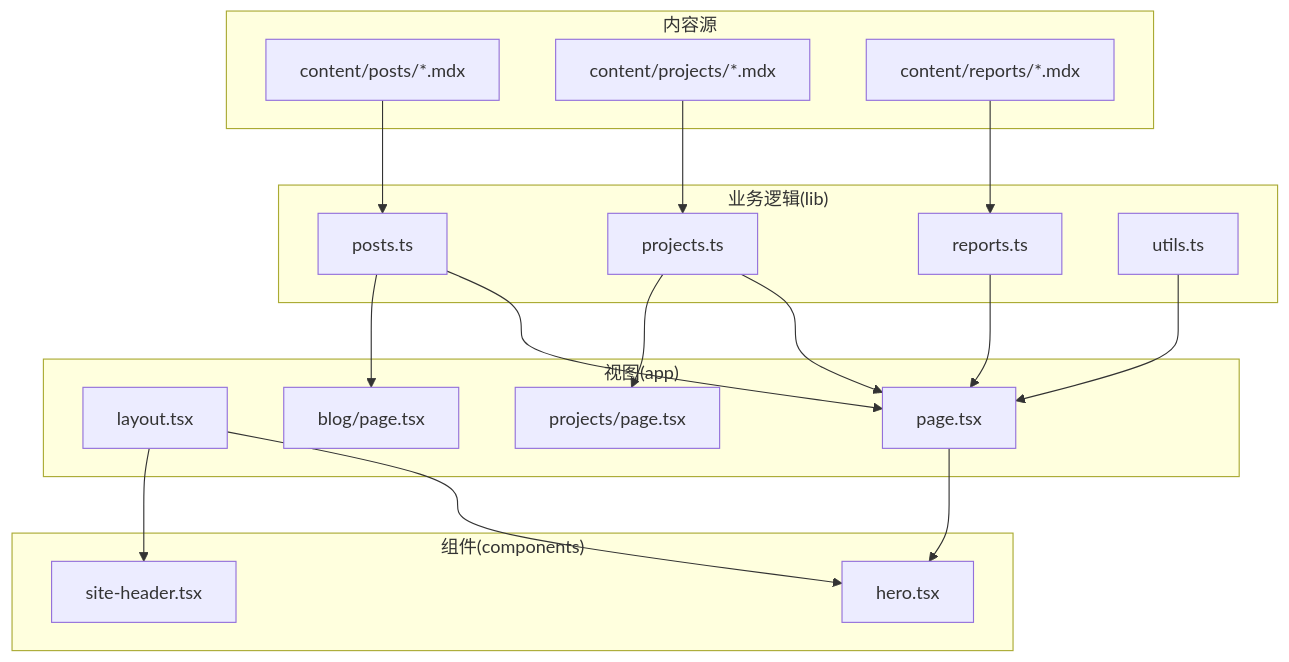
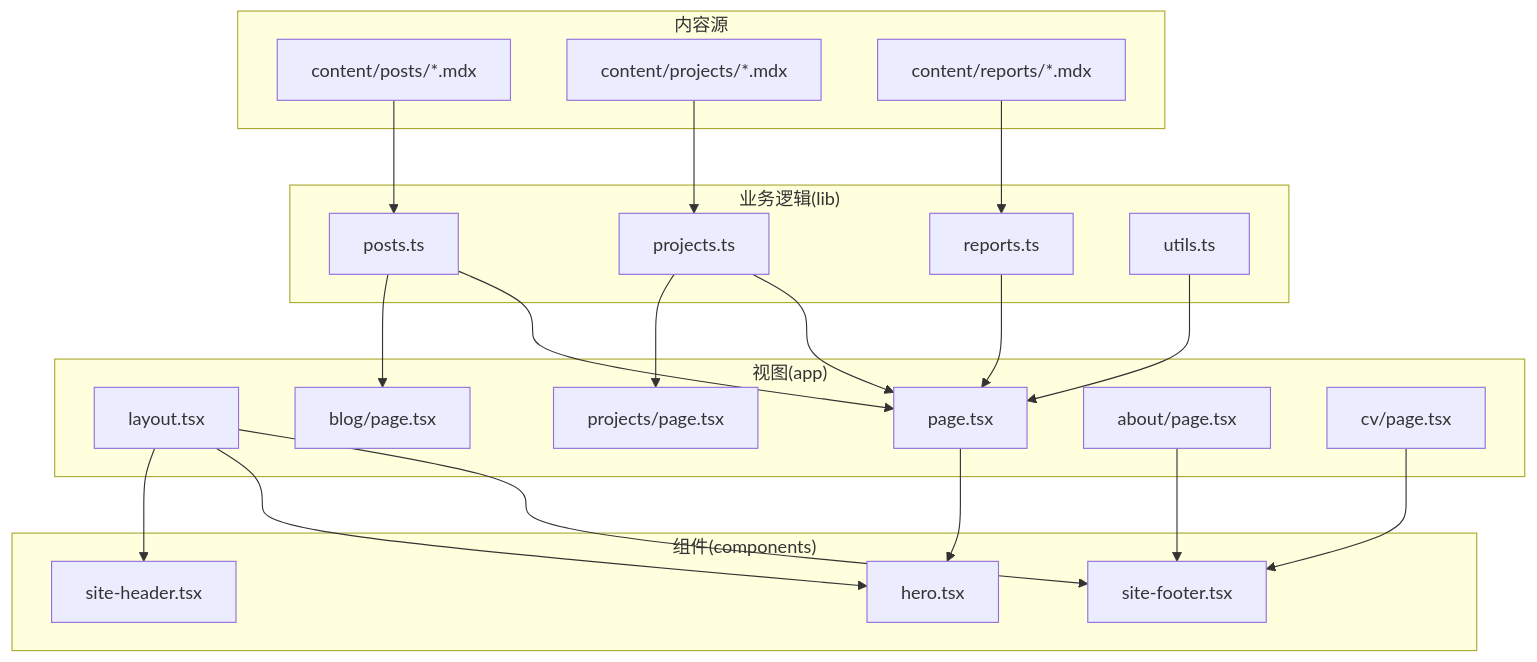
One commit to houpanpan-hpp/houpanpan-hpp.github.io changed the second of 6 diagrams in .qoder/repowiki/zh/content/项目概述/项目介绍.md. Above: the diagram before and after it, drawn with Mermaid. The commit also changed other lines of this file and 3 other files, not shown here.

````diff
--- a/.qoder/repowiki/zh/content/项目概述/项目介绍.md
+++ b/.qoder/repowiki/zh/content/项目概述/项目介绍.md
@@ -127,34 +149,40 @@
 ```mermaid
 graph TB
 subgraph "内容源"
 C1["content/posts/*.mdx"]
 C2["content/projects/*.mdx"]
 C3["content/reports/*.mdx"]
 end
 subgraph "业务逻辑(lib)"
 L1["posts.ts"]
 L2["projects.ts"]
 L3["reports.ts"]
 L4["utils.ts"]
 end
 subgraph "视图(app)"
 V1["layout.tsx"]
 V2["page.tsx"]
 V3["blog/page.tsx"]
 V4["projects/page.tsx"]
+V5["about/page.tsx"]
+V6["cv/page.tsx"]
 end
 subgraph "组件(components)"
 U1["site-header.tsx"]
 U2["hero.tsx"]
+U3["site-footer.tsx"]
 end
 C1 --> L1 --> V3
 C2 --> L2 --> V4
 C3 --> L3
 L1 --> V2
 L2 --> V2
 L3 --> V2
 L4 --> V2
 V1 --> U1
 V1 --> U2
+V1 --> U3
 V2 --> U2
+V5 --> U3
+V6 --> U3
 ```
````
